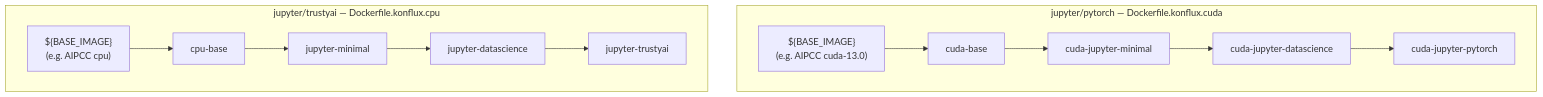
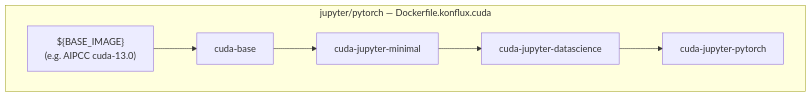
The diagram in docs/developer-guide.md (opendatahub-io/notebooks), drawn with Mermaid before and after one commit. The commit also changed 94 other files, not shown here.

````diff
--- a/docs/developer-guide.md
+++ b/docs/developer-guide.md
@@ -17,16 +17,10 @@
 ```mermaid
 flowchart TD
     subgraph pytorchCuda ["jupyter/pytorch — Dockerfile.konflux.cuda"]
         pBase["${BASE_IMAGE}\n(e.g. AIPCC cuda-13.0)"] --> pCudaBase[cuda-base]
         pCudaBase --> pMinimal[cuda-jupyter-minimal]
         pMinimal --> pDS[cuda-jupyter-datascience]
         pDS --> pPT[cuda-jupyter-pytorch]
     end
 
-    subgraph trustyaiCpu ["jupyter/trustyai — Dockerfile.konflux.cpu"]
-        tBase["${BASE_IMAGE}\n(e.g. AIPCC cpu)"] --> tCpuBase[cpu-base]
-        tCpuBase --> tMinimal[jupyter-minimal]
-        tMinimal --> tDS[jupyter-datascience]
-        tDS --> tTA[jupyter-trustyai]
-    end
 ```
````
